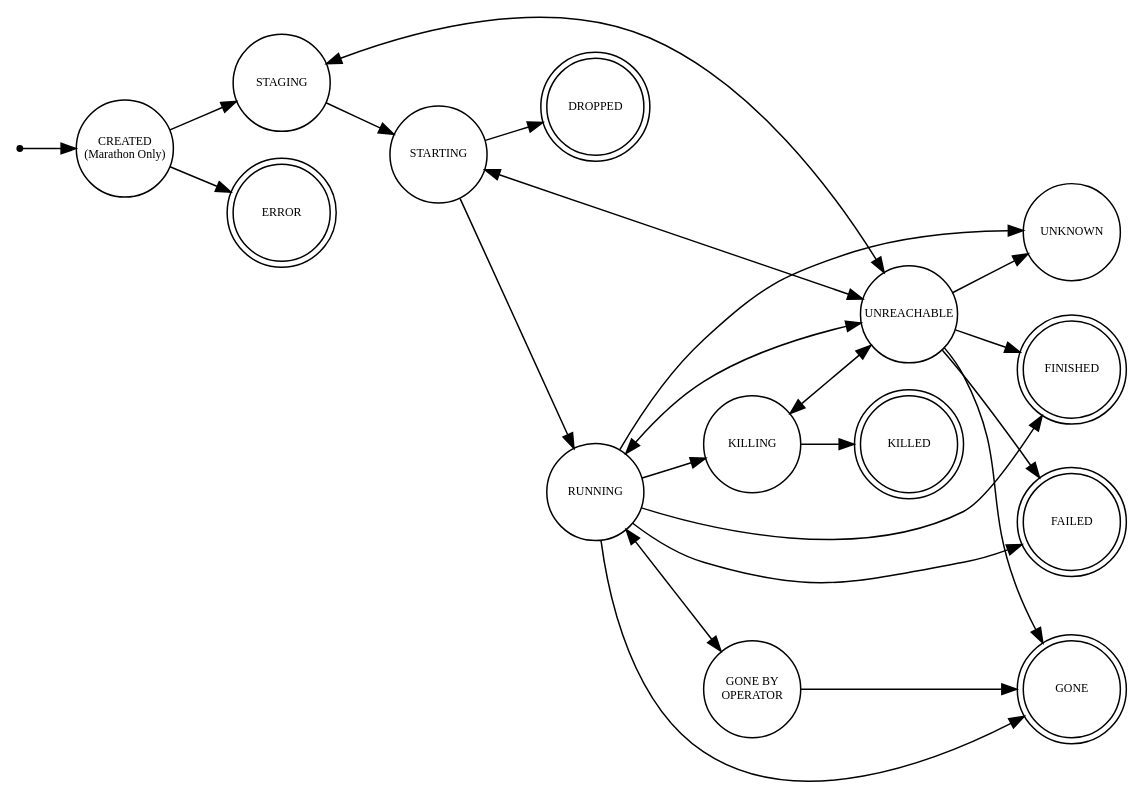
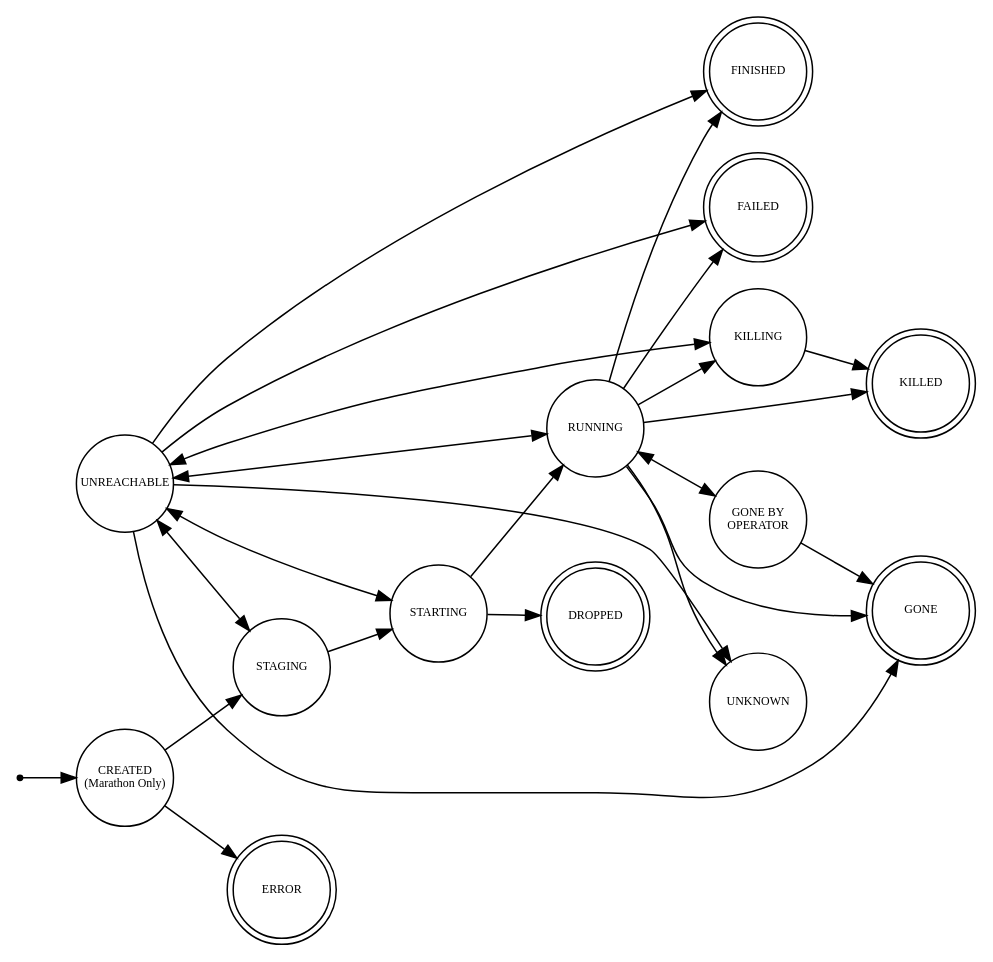
Before and after one commit to mesosphere/marathon: the diagram in task_status_fsm.dot, drawn with Graphviz.

Commit message:
Describe state transitions.

```diff
--- a/task_status_fsm.dot
+++ b/task_status_fsm.dot
@@ -1,107 +1,116 @@
 digraph task_status_fsm {
     //layout = "fdp"
     rankdir = LR
 
     node [shape = point]; start;
 
     node [ fontsize = 8
          , fixedsize = true
          , width=0.9
          ]
 
 
       /**************************/
      /** Non-terminal states **/
     /************************/
 	node [shape = circle];
+
+    // Internal state for Marathon when a task start was requested.
     "CREATED\n(Marathon Only)";
 
     // Initial state. Framework status updates should not use.
     STAGING;
 
     // The task is being launched by the executor.
     STARTING;
 
 	RUNNING;
 
     // The task is being killed by the executor.
     KILLING;
 
     // The task was running on an agent that has lost contact with the
     // master, typically due to a network failure or partition. The task
     // may or may not still be running.
 	UNREACHABLE;
 
     // The task was running on an agent that the master cannot contact;
     // the operator has asserted that the agent has been shutdown, but
     // this has not been directly confirmed by the master. If the
     // operator is correct, the task is not running and this is a
     // terminal state; if the operator is mistaken, the task might still
     // be running, and might return to the RUNNING state in the future.
 	"GONE BY\nOPERATOR";
 
     // The master has no knowledge of the task. This is typically
     // because either (a) the master never had knowledge of the task, or
     // (b) the master forgot about the task because it garbaged
     // collected its metadata about the task. The task may or may not
     // still be running.
 	UNKNOWN;
 
       /*************************/
      /**** Terminal states ****/
     /*************************/
 	node [shape = doublecircle];
 
     // The task was running on an agent that has been shutdown (e.g.,
     // the agent become partitioned, rebooted, and then reconnected to
     // the master; any tasks running before the reboot will transition
     // from UNREACHABLE to GONE). The task is no longer running. This is
     // a terminal state.
     GONE;
 
     // The task finished successfully.
     FINISHED;
 
     // The task failed to finish successfully.
     FAILED;
 
     // The task was killed by the executor.
     KILLED;
 
     // The task description contains an error.
     ERROR;
 
     // The task failed to launch because of a transient error. The
     // task's executor never started running. Unlike TASK_ERROR, the
     // task description is valid -- attempting to launch the task again
     // may be successful. This is a terminal state.
 	DROPPED;
 
     start -> "CREATED\n(Marathon Only)";
     "CREATED\n(Marathon Only)" -> ERROR;
     "CREATED\n(Marathon Only)" -> STAGING;
     STAGING -> STARTING;
     STARTING -> RUNNING;
     STARTING -> DROPPED;
 
     RUNNING -> GONE;
     RUNNING -> "GONE BY\nOPERATOR" [dir = both];
     RUNNING -> FAILED;
     RUNNING -> FINISHED;
     RUNNING -> UNKNOWN;
     RUNNING -> KILLING;
 
+    // A task can go right to being killed without going through killing phase.
+    RUNNING -> KILLED;
+
     KILLING -> KILLED;
 
     "GONE BY\nOPERATOR" -> GONE;
 
-    UNREACHABLE -> UNKNOWN;
+    // A task can come back from being UNREACHABLE to any state. HOWEVER, if a
+    // task was state A and then UNREACHABLE it comes back only to being A. So
+    // UNREACHABLE is not transitive.
     UNREACHABLE -> GONE;
     UNREACHABLE -> FAILED;
     UNREACHABLE -> FINISHED;
+    UNREACHABLE -> RUNNING  [dir = both];
+    UNREACHABLE -> STARTING  [dir = both];
+    UNREACHABLE -> STAGING  [dir = both];
+    UNREACHABLE -> KILLING  [dir = both];
 
-    RUNNING -> UNREACHABLE [dir = both];
-    STARTING -> UNREACHABLE [dir = both];
-    STAGING -> UNREACHABLE [dir = both];
-    KILLING -> UNREACHABLE [dir = both];
+    // This means that the task got garbage collected.
+    UNREACHABLE -> UNKNOWN;
 }
```
